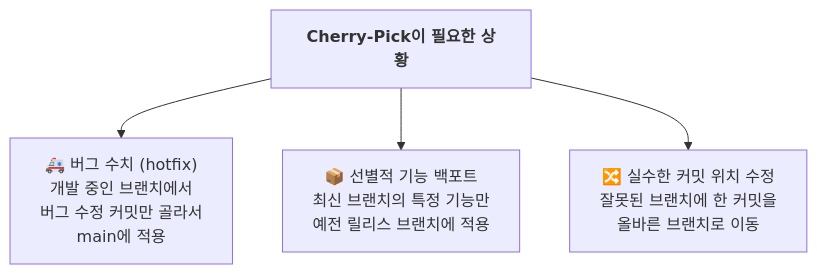
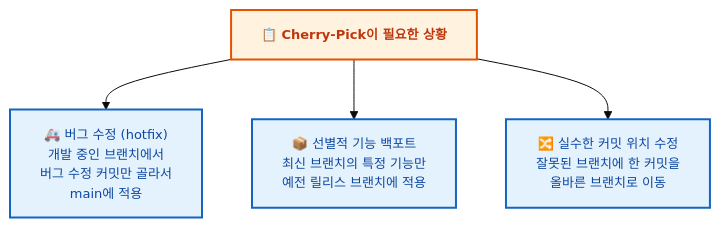
The second of 3 diagrams in git/05_브랜치와_병합/05_Cherry_Pick.md (jingu279/Document), drawn with Mermaid before and after one commit. The commit also changed other lines of this file and 24 other files, not shown here.

First line of the commit message:
Git 문서 전체 Mermaid 다이어그램 스타일링 통일

````diff
--- a/git/05_브랜치와_병합/05_Cherry_Pick.md
+++ b/git/05_브랜치와_병합/05_Cherry_Pick.md
@@ -31,7 +32,16 @@
 ```mermaid
+%%{init: {'theme': 'base', 'themeVariables': {'fontSize': '13px'}}}%%
 flowchart TB
-  Title["<b>Cherry-Pick이 필요한 상황</b>"]
-  Title --> HF["🚑 버그 수치 (hotfix)<br/>개발 중인 브랜치에서<br/>버그 수정 커밋만 골라서<br/>main에 적용"]
+  Title["📋 <b>Cherry-Pick이 필요한 상황</b>"]
+  Title --> HF["🚑 버그 수정 (hotfix)<br/>개발 중인 브랜치에서<br/>버그 수정 커밋만 골라서<br/>main에 적용"]
   Title --> BP["📦 선별적 기능 백포트<br/>최신 브랜치의 특정 기능만<br/>예전 릴리스 브랜치에 적용"]
   Title --> MV["🔀 실수한 커밋 위치 수정<br/>잘못된 브랜치에 한 커밋을<br/>올바른 브랜치로 이동"]
+
+  classDef main fill:#fff3e0,stroke:#e65100,stroke-width:2px,color:#bf360c
+  classDef sub fill:#e8f5e9,stroke:#2e7d32,stroke-width:2px,color:#1b5e20
+  classDef proc fill:#e3f2fd,stroke:#1565c0,stroke-width:2px,color:#0d47a1
+  classDef decision fill:#fff9c4,stroke:#f9a825,stroke-width:2px,color:#e65100
+  classDef highlight fill:#f3e5f5,stroke:#6a1b9a,stroke-width:2px,color:#4a148c
+  class Title main
+  class HF,BP,MV proc
 ```
````
